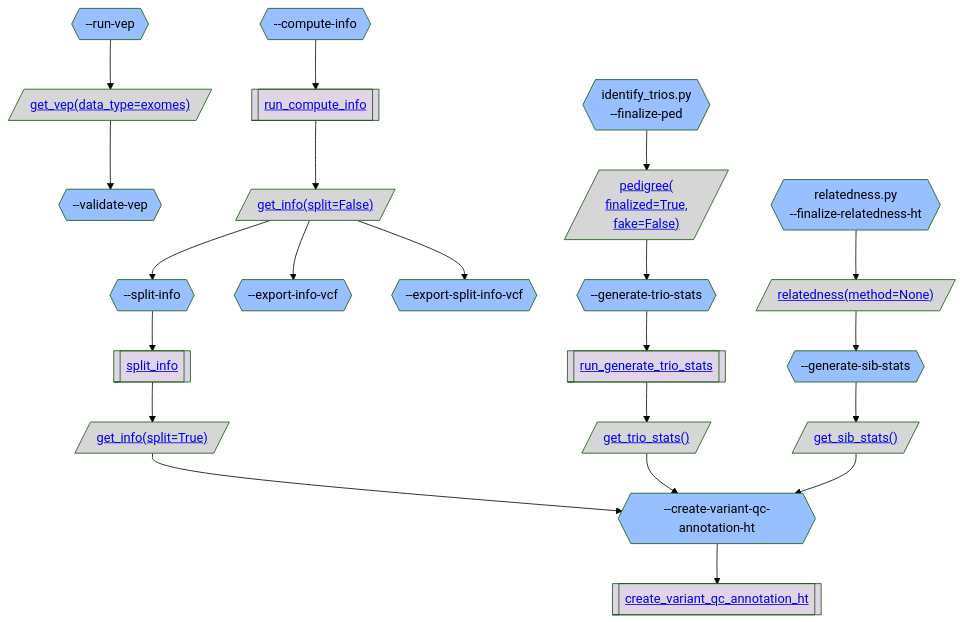
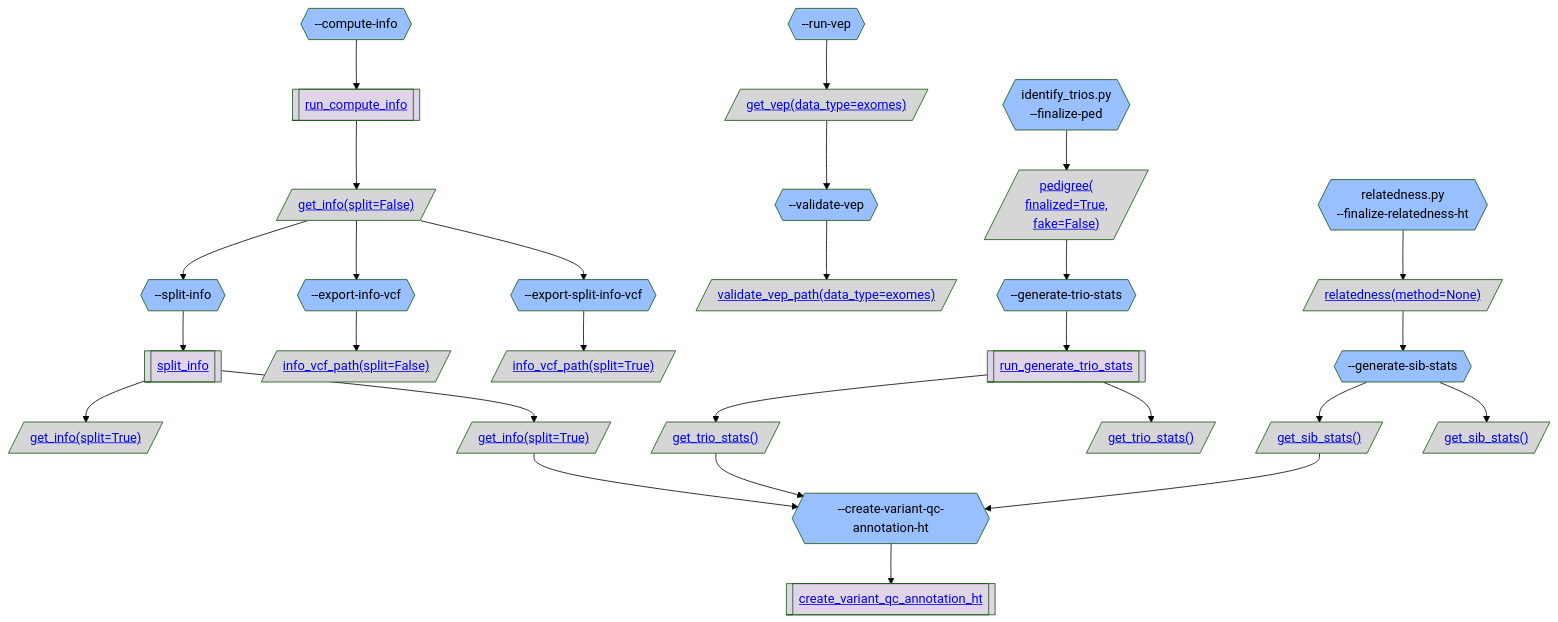
The second of 5 diagrams in gnomad_qc/v4/annotations/README.md (broadinstitute/gnomad_qc), drawn with Mermaid (forest theme) before and after one commit. The commit also changed other lines of this file and 3 other files, not shown here.

````diff
--- a/gnomad_qc/v4/annotations/README.md
+++ b/gnomad_qc/v4/annotations/README.md
@@ -125,57 +125,69 @@
 ```mermaid
 flowchart TB;
   classDef script_color fill:#2C5D4A,color:#000000
   classDef step_color fill:#98BFFF,color:#000000
   classDef func_color fill:#E0D5E6,color:#000000
   classDef gnomad_methods_color fill:#F9F2CE,color:#000000
   classDef hail_color fill:#FAEACE,color:#000000
   classDef resource_color fill:#D6D6D6,color:#000000
   classDef validity_check_color fill:#2C5D4A,color:#000000
 
   step_compute_info{{"--compute-info"}}:::step_color;
   func_run_compute_info[["<a href='https://github.com/broadinstitute/gnomad_qc/tree/main/gnomad_qc/v4/annotations/generate_variant_qc_annotations.py#L221'>run_compute_info</a>"]]:::func_color;
   resource_get_info_split_False[/"<a href='https://github.com/broadinstitute/gnomad_qc/tree/main/gnomad_qc/v4/resources/annotations.py#L47'>get_info(split=False)</a>"/]:::resource_color;
   step_split_info{{"--split-info"}}:::step_color;
   func_split_info[["<a href='https://github.com/broadinstitute/gnomad_qc/tree/main/gnomad_qc/v4/annotations/generate_variant_qc_annotations.py#L399'>split_info</a>"]]:::func_color;
+  get_info_split_True[/"<a href='https://github.com/broadinstitute/gnomad_qc/tree/main/gnomad_qc/v4/resources/annotations.py#L47'>get_info(split=True)</a>"/]:::resource_color;
   resource_get_info_split_True[/"<a href='https://github.com/broadinstitute/gnomad_qc/tree/main/gnomad_qc/v4/resources/annotations.py#L47'>get_info(split=True)</a>"/]:::resource_color;
   step_create_variant_qc_annotation_ht{{"--create-variant-qc-annotation-ht"}}:::step_color;
   func_create_variant_qc_annotation_ht[["<a href='https://github.com/broadinstitute/gnomad_qc/tree/main/gnomad_qc/v4/annotations/generate_variant_qc_annotations.py#L478'>create_variant_qc_annotation_ht</a>"]]:::func_color;
   step_generate_trio_stats{{"--generate-trio-stats"}}:::step_color;
   func_run_generate_trio_stats[["<a href='https://github.com/broadinstitute/gnomad_qc/tree/main/gnomad_qc/v4/annotations/generate_variant_qc_annotations.py#L427'>run_generate_trio_stats</a>"]]:::func_color;
   resource_get_trio_stats_[/"<a href='https://github.com/broadinstitute/gnomad_qc/tree/main/gnomad_qc/v4/resources/annotations.py#L113'>get_trio_stats()</a>"/]:::resource_color;
   step_generate_sib_stats{{"--generate-sib-stats"}}:::step_color;
   resource_get_sib_stats_[/"<a href='https://github.com/broadinstitute/gnomad_qc/tree/main/gnomad_qc/v4/resources/annotations.py#L131'>get_sib_stats()</a>"/]:::resource_color;
   step_export_info_vcf{{"--export-info-vcf"}}:::step_color;
+  info_vcf_path_split_False[/"<a href='https://github.com/broadinstitute/gnomad_qc/tree/main/gnomad_qc/v4/resources/annotations.py#L185'>info_vcf_path(split=False)</a>"/]:::resource_color;
   step_export_split_info_vcf{{"--export-split-info-vcf"}}:::step_color;
+  info_vcf_path_split_True[/"<a href='https://github.com/broadinstitute/gnomad_qc/tree/main/gnomad_qc/v4/resources/annotations.py#L185'>info_vcf_path(split=True)</a>"/]:::resource_color;
   step_run_vep{{"--run-vep"}}:::step_color;
   resource_get_vep_data_type_exomes[/"<a href='https://github.com/broadinstitute/gnomad_qc/tree/main/gnomad_qc/v4/resources/annotations.py#L69'>get_vep(data_type=exomes)</a>"/]:::resource_color;
   step_validate_vep{{"--validate-vep"}}:::step_color;
+  validate_vep_path_data_type_exomes[/"<a href='https://github.com/broadinstitute/gnomad_qc/tree/main/gnomad_qc/v4/resources/annotations.py#L90'>validate_vep_path(data_type=exomes)</a>"/]:::resource_color;
   step_finalize_ped{{"identify_trios.py
 --finalize-ped"}}:::step_color;
   resource_pedigree_finalized_True_fake_False[/"<a href='https://github.com/broadinstitute/gnomad_qc/tree/main/gnomad_qc/v4/resources/sample_qc.py#L913'>pedigree(
 finalized=True,
 fake=False)</a>"/]:::resource_color;
+  get_trio_stats_[/"<a href='https://github.com/broadinstitute/gnomad_qc/tree/main/gnomad_qc/v4/resources/annotations.py#L113'>get_trio_stats()</a>"/]:::resource_color;
   step_finalize_relatedness_ht{{"relatedness.py
 --finalize-relatedness-ht"}}:::step_color;
   resource_relatedness_method_None[/"<a href='https://github.com/broadinstitute/gnomad_qc/tree/main/gnomad_qc/v4/resources/sample_qc.py#L473'>relatedness(method=None)</a>"/]:::resource_color;
+  get_sib_stats_[/"<a href='https://github.com/broadinstitute/gnomad_qc/tree/main/gnomad_qc/v4/resources/annotations.py#L131'>get_sib_stats()</a>"/]:::resource_color;
   step_compute_info --> func_run_compute_info;
   func_run_compute_info --> resource_get_info_split_False;
   resource_get_info_split_False --> step_split_info;
   step_split_info --> func_split_info;
+  func_split_info --> get_info_split_True;
   func_split_info --> resource_get_info_split_True;
   resource_get_info_split_True --> step_create_variant_qc_annotation_ht;
   step_create_variant_qc_annotation_ht --> func_create_variant_qc_annotation_ht;
   step_generate_trio_stats --> func_run_generate_trio_stats;
   func_run_generate_trio_stats --> resource_get_trio_stats_;
   resource_get_trio_stats_ --> step_create_variant_qc_annotation_ht;
   step_generate_sib_stats --> resource_get_sib_stats_;
   resource_get_sib_stats_ --> step_create_variant_qc_annotation_ht;
   resource_get_info_split_False --> step_export_info_vcf;
+  step_export_info_vcf --> info_vcf_path_split_False;
   resource_get_info_split_False --> step_export_split_info_vcf;
+  step_export_split_info_vcf --> info_vcf_path_split_True;
   step_run_vep --> resource_get_vep_data_type_exomes;
   resource_get_vep_data_type_exomes --> step_validate_vep;
+  step_validate_vep --> validate_vep_path_data_type_exomes;
   step_finalize_ped --> resource_pedigree_finalized_True_fake_False;
   resource_pedigree_finalized_True_fake_False --> step_generate_trio_stats;
+  func_run_generate_trio_stats --> get_trio_stats_;
   step_finalize_relatedness_ht --> resource_relatedness_method_None;
   resource_relatedness_method_None --> step_generate_sib_stats;
+  step_generate_sib_stats --> get_sib_stats_;
 ```
````
